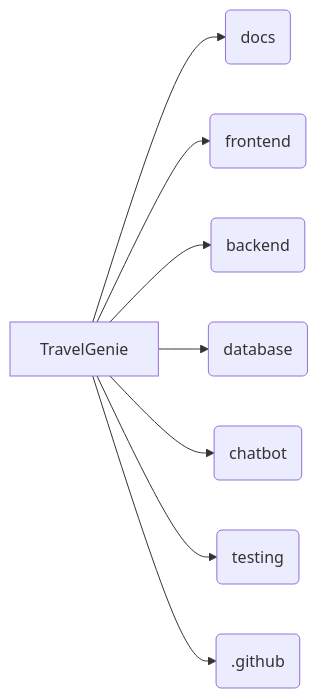
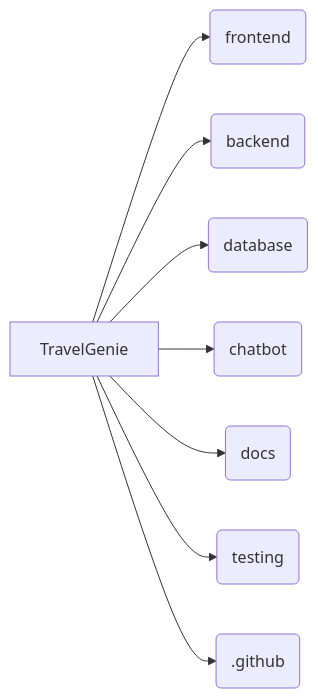
Before and after one commit to Jiyathakurrr/TravelGenie: the second of 2 diagrams in README.md, drawn with Mermaid. The commit also changed other lines of this file and 13 other files, not shown here.

Commit message:
docs: update system architecture & schema documentation for MongoDB Atlas + Cloudinary setup

````diff
--- a/README.md
+++ b/README.md
@@ -51,10 +51,10 @@
 ```mermaid
 graph LR
-    A[TravelGenie] --> B(docs)
-    A --> C(frontend)
-    A --> D(backend)
-    A --> E(database)
-    A --> F(chatbot)
+    A[TravelGenie] --> B(frontend)
+    A --> C(backend)
+    A --> D(database)
+    A --> E(chatbot)
+    A --> F(docs)
     A --> G(testing)
     A --> H(.github)
 ```
````
